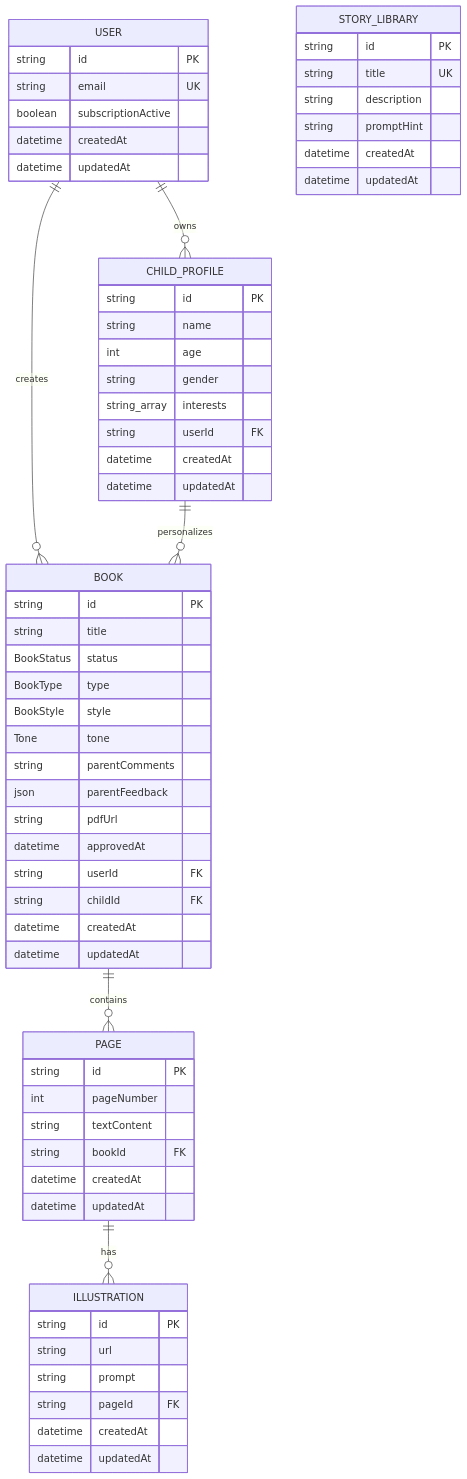
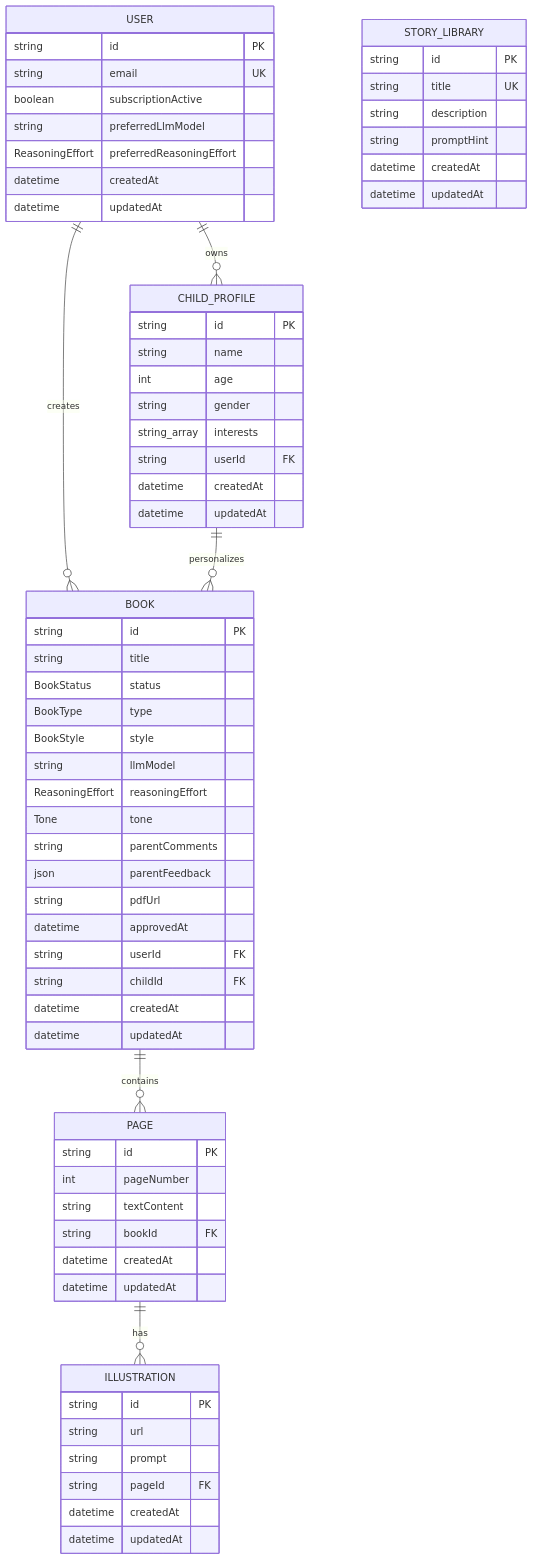
The third of 4 diagrams in docs/architecture/project-directories.mmd.md (frontsideman/aibook), drawn with Mermaid before and after one commit. The commit also changed other lines of this file and 11 other files, not shown here.

Commit message:
docs(architecture): refresh diagrams and book flow docs

````diff
--- a/docs/architecture/project-directories.mmd.md
+++ b/docs/architecture/project-directories.mmd.md
@@ -153,71 +191,75 @@
 ```mermaid
 erDiagram
     USER ||--o{ CHILD_PROFILE : owns
     USER ||--o{ BOOK : creates
     CHILD_PROFILE ||--o{ BOOK : personalizes
     BOOK ||--o{ PAGE : contains
     PAGE ||--o{ ILLUSTRATION : has
 
     USER {
         string id PK
         string email UK
         boolean subscriptionActive
+        string preferredLlmModel
+        ReasoningEffort preferredReasoningEffort
         datetime createdAt
         datetime updatedAt
     }
 
     CHILD_PROFILE {
         string id PK
         string name
         int age
         string gender
         string_array interests
         string userId FK
         datetime createdAt
         datetime updatedAt
     }
 
     BOOK {
         string id PK
         string title
         BookStatus status
         BookType type
         BookStyle style
+        string llmModel
+        ReasoningEffort reasoningEffort
         Tone tone
         string parentComments
         json parentFeedback
         string pdfUrl
         datetime approvedAt
         string userId FK
         string childId FK
         datetime createdAt
         datetime updatedAt
     }
 
     PAGE {
         string id PK
         int pageNumber
         string textContent
         string bookId FK
         datetime createdAt
         datetime updatedAt
     }
 
     ILLUSTRATION {
         string id PK
         string url
         string prompt
         string pageId FK
         datetime createdAt
         datetime updatedAt
     }
 
     STORY_LIBRARY {
         string id PK
         string title UK
         string description
         string promptHint
         datetime createdAt
         datetime updatedAt
     }
 ```
````
